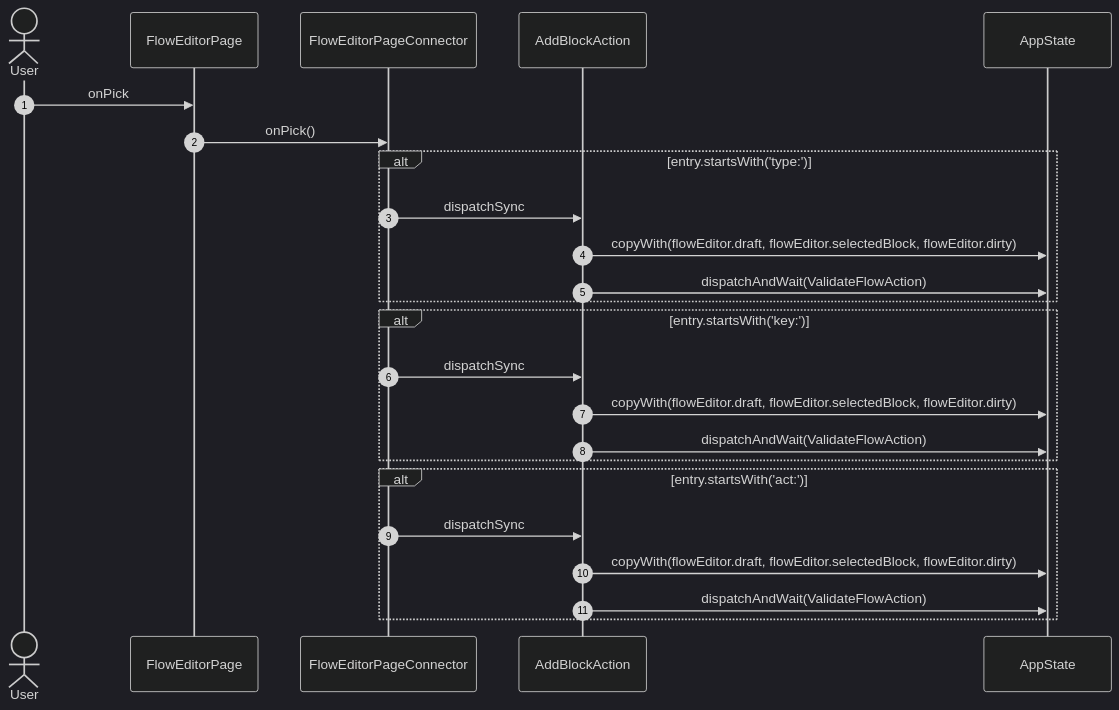
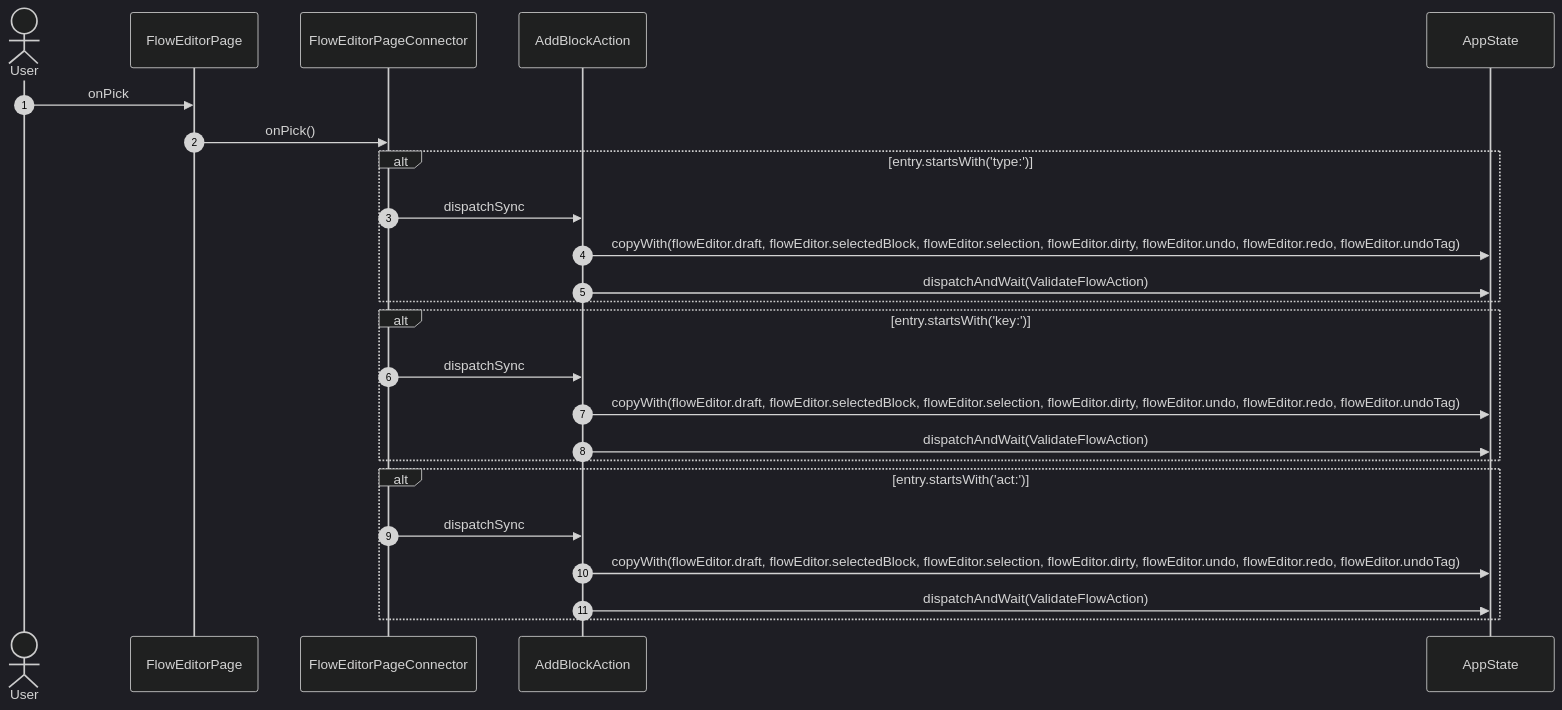
The eighth of 30 diagrams in studio/docs/flows/flowEditor.md (gencto/wyrm), drawn with Mermaid (dark theme) before and after one commit. The commit also changed other lines of this file and 82 other files, not shown here.

First line of the commit message:
studio: pins, selection, clipboard, undo and shortcuts on the flow canvas

````diff
--- a/studio/docs/flows/flowEditor.md
+++ b/studio/docs/flows/flowEditor.md
@@ -136,27 +136,27 @@
 ```mermaid
 sequenceDiagram
     autonumber
     actor User
     participant UI as FlowEditorPage
     participant VM as FlowEditorPageConnector
     participant A1 as AddBlockAction
     participant ST as AppState
 
     User->>UI: onPick
     UI->>VM: onPick()
     alt entry.startsWith('type:')
         VM->>A1: dispatchSync
-        A1->>ST: copyWith(flowEditor.draft, flowEditor.selectedBlock, flowEditor.dirty)
+        A1->>ST: copyWith(flowEditor.draft, flowEditor.selectedBlock, flowEditor.selection, flowEditor.dirty, flowEditor.undo, flowEditor.redo, flowEditor.undoTag)
         A1->>ST: dispatchAndWait(ValidateFlowAction)
     end
     alt entry.startsWith('key:')
         VM->>A1: dispatchSync
-        A1->>ST: copyWith(flowEditor.draft, flowEditor.selectedBlock, flowEditor.dirty)
+        A1->>ST: copyWith(flowEditor.draft, flowEditor.selectedBlock, flowEditor.selection, flowEditor.dirty, flowEditor.undo, flowEditor.redo, flowEditor.undoTag)
         A1->>ST: dispatchAndWait(ValidateFlowAction)
     end
     alt entry.startsWith('act:')
         VM->>A1: dispatchSync
-        A1->>ST: copyWith(flowEditor.draft, flowEditor.selectedBlock, flowEditor.dirty)
+        A1->>ST: copyWith(flowEditor.draft, flowEditor.selectedBlock, flowEditor.selection, flowEditor.dirty, flowEditor.undo, flowEditor.redo, flowEditor.undoTag)
         A1->>ST: dispatchAndWait(ValidateFlowAction)
     end
 ```
````
